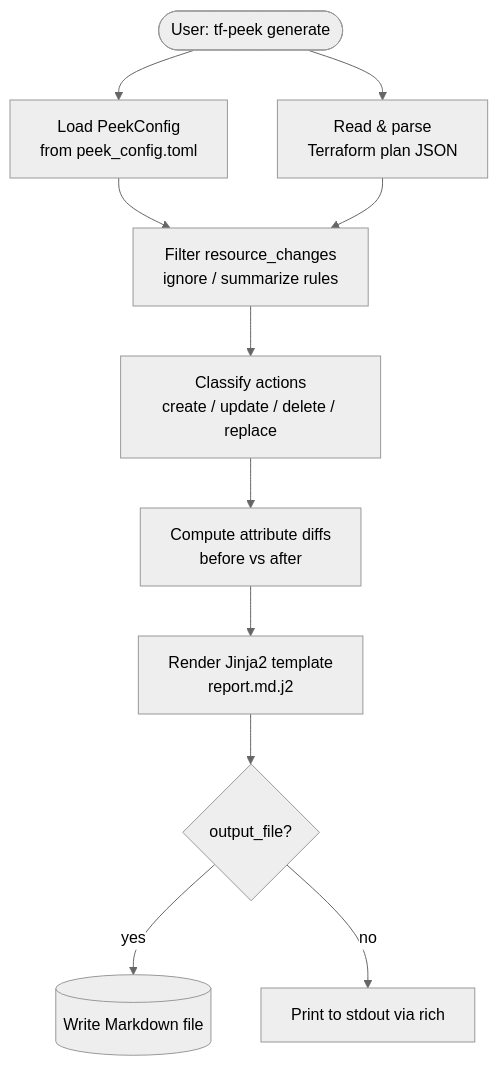
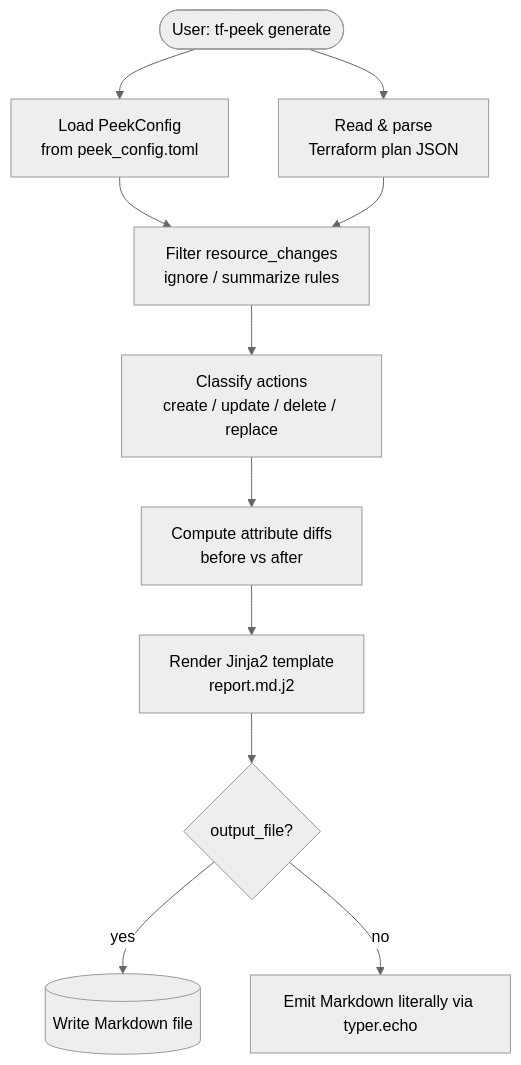
The first of 2 diagrams in docs/architecture/03-endpoints-and-dependencies.md (looztra/tf-peek), drawn with Mermaid (neutral theme) before and after one commit. The commit also changed 3 other files, not shown here.

First line of the commit message:
docs(architecture): describe literal typer.echo stdout, remove stale Rich claims

````diff
--- a/docs/architecture/03-endpoints-and-dependencies.md
+++ b/docs/architecture/03-endpoints-and-dependencies.md
@@ -20,13 +20,13 @@
 ```mermaid
 flowchart TD
     A([User: tf-peek generate]) --> B[Load PeekConfig\nfrom peek_config.toml]
     A --> C[Read & parse\nTerraform plan JSON]
     B --> D[Filter resource_changes\nignore / summarize rules]
     C --> D
     D --> E[Classify actions\ncreate / update / delete / replace]
     E --> F[Compute attribute diffs\nbefore vs after]
     F --> G[Render Jinja2 template\nreport.md.j2]
     G --> H{output_file?}
     H -- yes --> I[(Write Markdown file)]
-    H -- no --> J[Print to stdout via rich]
+    H -- no --> J[Emit Markdown literally via typer.echo]
 ```
````
